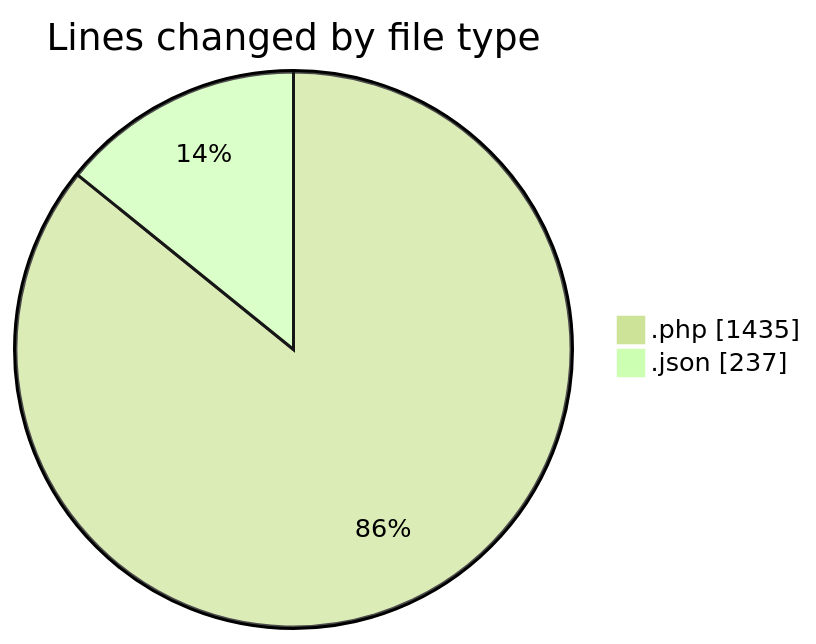
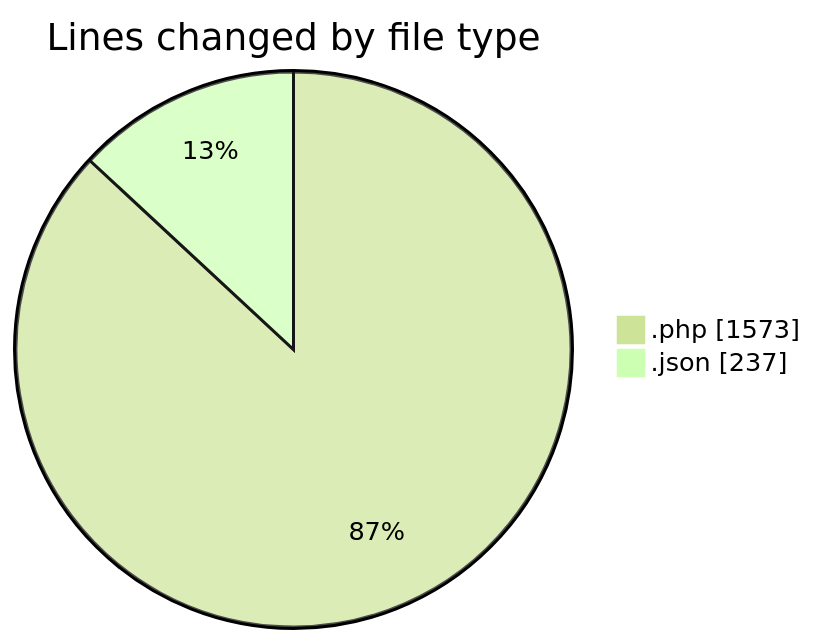
Before and after one commit to idhammustaqopulfikri/code-tracking: the first of 2 diagrams in 2025-06-20/studio-backend/README.md, drawn with Mermaid (forest theme). The commit also changed other lines of this file and 1 other file, not shown here.

````diff
--- a/2025-06-20/studio-backend/README.md
+++ b/2025-06-20/studio-backend/README.md
@@ -22,6 +22,6 @@
 ```mermaid
 pie showData
 title Lines changed by file type
-".php" : 1435
+".php" : 1573
 ".json" : 237
 ```
````
